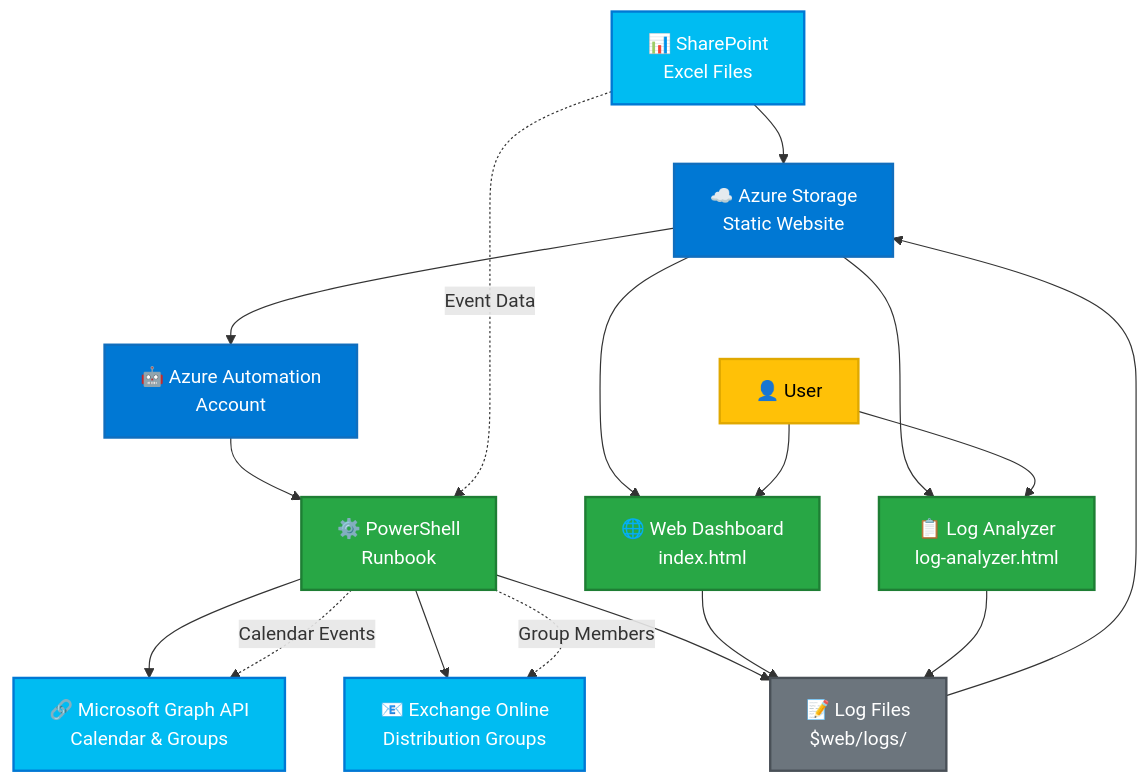
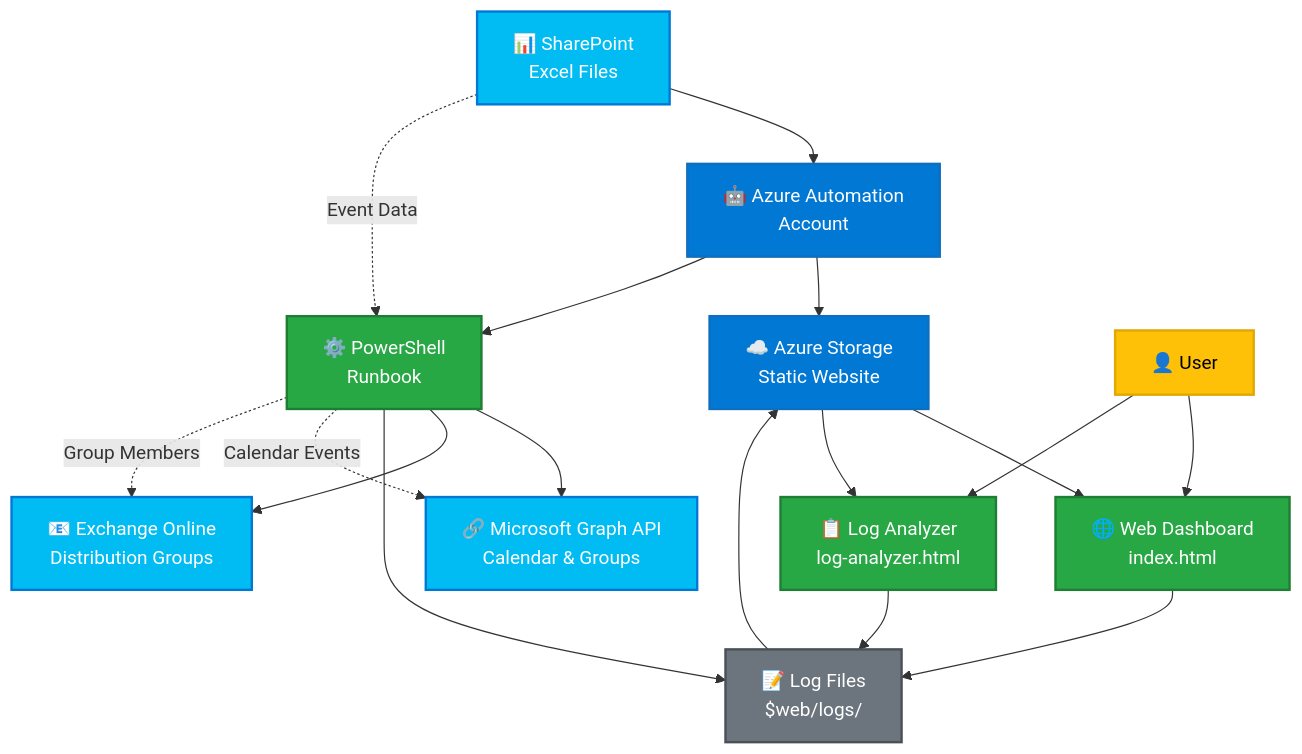
The diagram in README.md (OfirGavish/Exchange-Calendar-Event-Management-Automation), drawn with Mermaid before and after one commit.

Commit message:
Fix architecture diagram flow in README.md

````diff
--- a/README.md
+++ b/README.md
@@ -34,36 +34,36 @@
 ```mermaid
 graph TB
-    SP[📊 SharePoint<br/>Excel Files] --> AS[☁️ Azure Storage<br/>Static Website]
-    AS --> AA[🤖 Azure Automation<br/>Account]
+    SP[📊 SharePoint<br/>Excel Files] --> AA[🤖 Azure Automation<br/>Account]
+    AA --> AS[☁️ Azure Storage<br/>Static Website]
     AS --> WD[🌐 Web Dashboard<br/>index.html]
     AS --> LA[📋 Log Analyzer<br/>log-analyzer.html]
     AA --> PS[⚙️ PowerShell<br/>Runbook]
     PS --> MG[🔗 Microsoft Graph API<br/>Calendar & Groups]
     PS --> EO[📧 Exchange Online<br/>Distribution Groups]
     PS --> LOGS[📝 Log Files<br/>$web/logs/]
     LOGS --> AS
     WD --> LOGS
     LA --> LOGS
     
     %% Data Sources
     SP -.->|Event Data| PS
     PS -.->|Calendar Events| MG
     PS -.->|Group Members| EO
     
     %% User Interactions
     USER[👤 User] --> WD
     USER --> LA
     
     %% Styling
     classDef azure fill:#0078d4,stroke:#106ebe,stroke-width:2px,color:#fff
     classDef microsoft fill:#00bcf2,stroke:#0078d4,stroke-width:2px,color:#fff
     classDef web fill:#28a745,stroke:#1e7e34,stroke-width:2px,color:#fff
     classDef data fill:#6c757d,stroke:#495057,stroke-width:2px,color:#fff
     classDef user fill:#ffc107,stroke:#e0a800,stroke-width:2px,color:#000
     
     class AS,AA azure
     class MG,EO,SP microsoft
     class WD,LA,PS web
     class LOGS data
     class USER user
 ```
````
